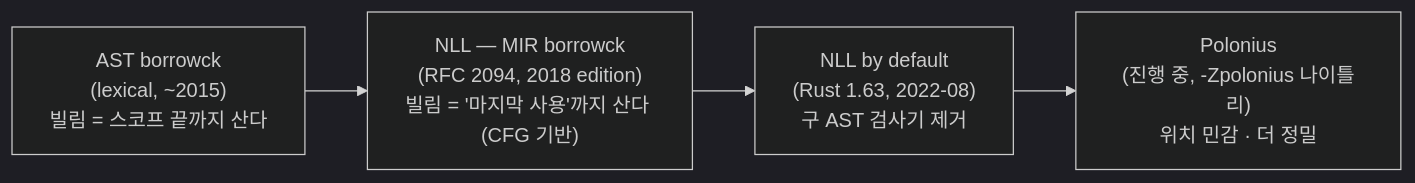
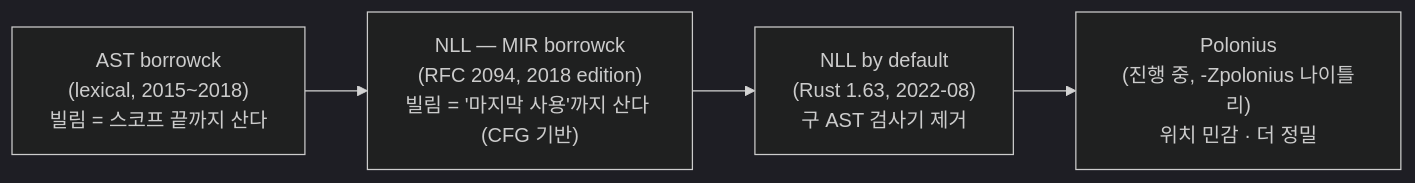
Before and after one commit to junhyeong9812/rust-history: the second of 2 diagrams in 03-소유권-시스템.md, drawn with Mermaid (dark theme). The commit also changed 2 other files, not shown here.

Commit message:
docs: 저장 아티팩트 제거와 시기·에디션 표기 정합
- 06편 끝에 붙어 있던 `</content>`·`</invoke>` 두 줄을 삭제했다.
  문서 내용이 아니라 저장 과정의 흔적이다.
- 06편 §4의 「까지 않고 버리면」을 `#[must_use]`의 실제 경고 조건에 맞춰
  「쓰지 않고 버리면」으로 고쳤다.
- 03편의 lexical 단계 시기가 세 곳에서 달랐다(~2018 / ~2015 / 1.0 ~ 2018).
  mermaid 노드가 시작 연도를 끝 자리에 적은 것이라 「2015~2018」로 고쳐
  세 자리를 끝=2018로 수렴시켰다. 1.31(2018 에디션 기본) · 1.36(2015
  에디션 적용) · 1.63(구 검사기 제거)이 서로 다른 사건임을 릴리스 공지로
  확인했다.
- 02편의 「1.39에서 모든 에디션에 동시에」와 mermaid 「(전 에디션)」에
  「2018 이후」를 붙였다. 2015 에디션은 `async fn`을 허용하지 않는다
  (E0670, Reference의 FunctionQualifiers 각주). 같은 파일의 일반론
  두 문장은 대다수 기능에 대해 참이므로 한정을 붙이지 않았다.

````diff
--- a/03-소유권-시스템.md
+++ b/03-소유권-시스템.md
@@ -134,7 +134,7 @@
 ```mermaid
 flowchart LR
-    A["AST borrowck<br/>(lexical, ~2015)<br/>빌림 = 스코프 끝까지 산다"]
+    A["AST borrowck<br/>(lexical, 2015~2018)<br/>빌림 = 스코프 끝까지 산다"]
       --> B["NLL — MIR borrowck<br/>(RFC 2094, 2018 edition)<br/>빌림 = '마지막 사용'까지 산다 (CFG 기반)"]
       --> C["NLL by default<br/>(Rust 1.63, 2022-08)<br/>구 AST 검사기 제거"]
       --> D["Polonius<br/>(진행 중, -Zpolonius 나이틀리)<br/>위치 민감 · 더 정밀"]
 ```
````
